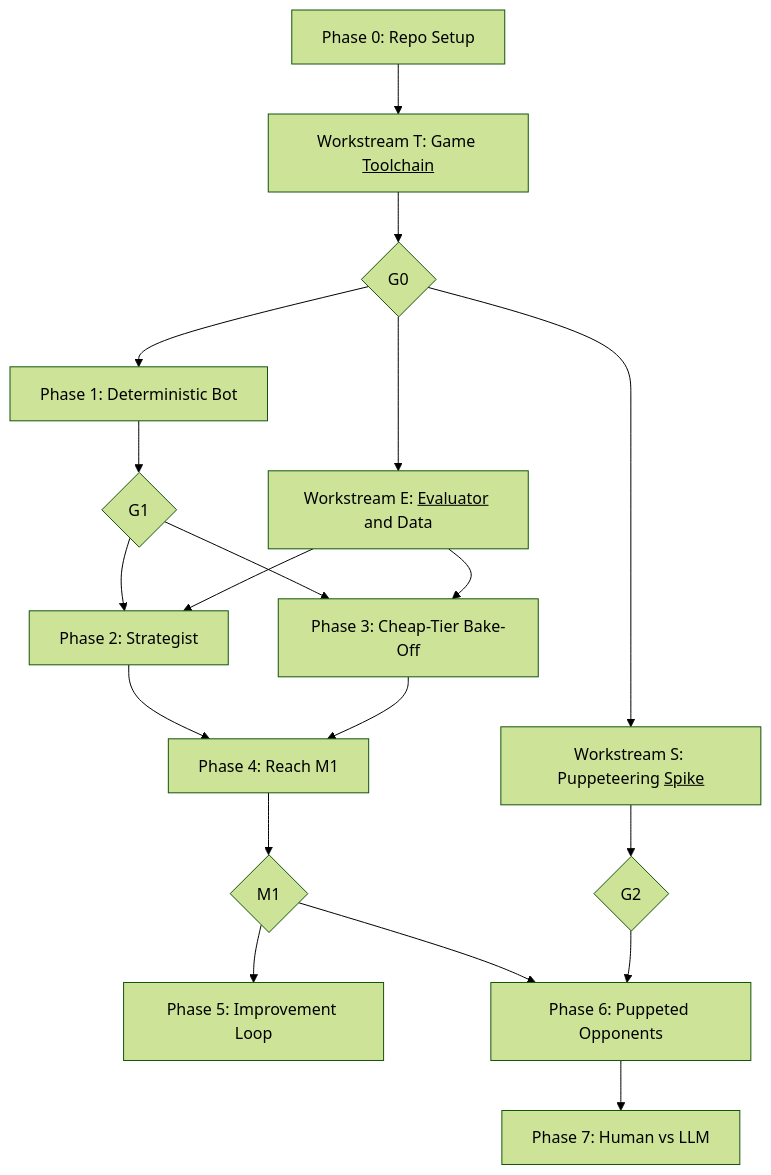
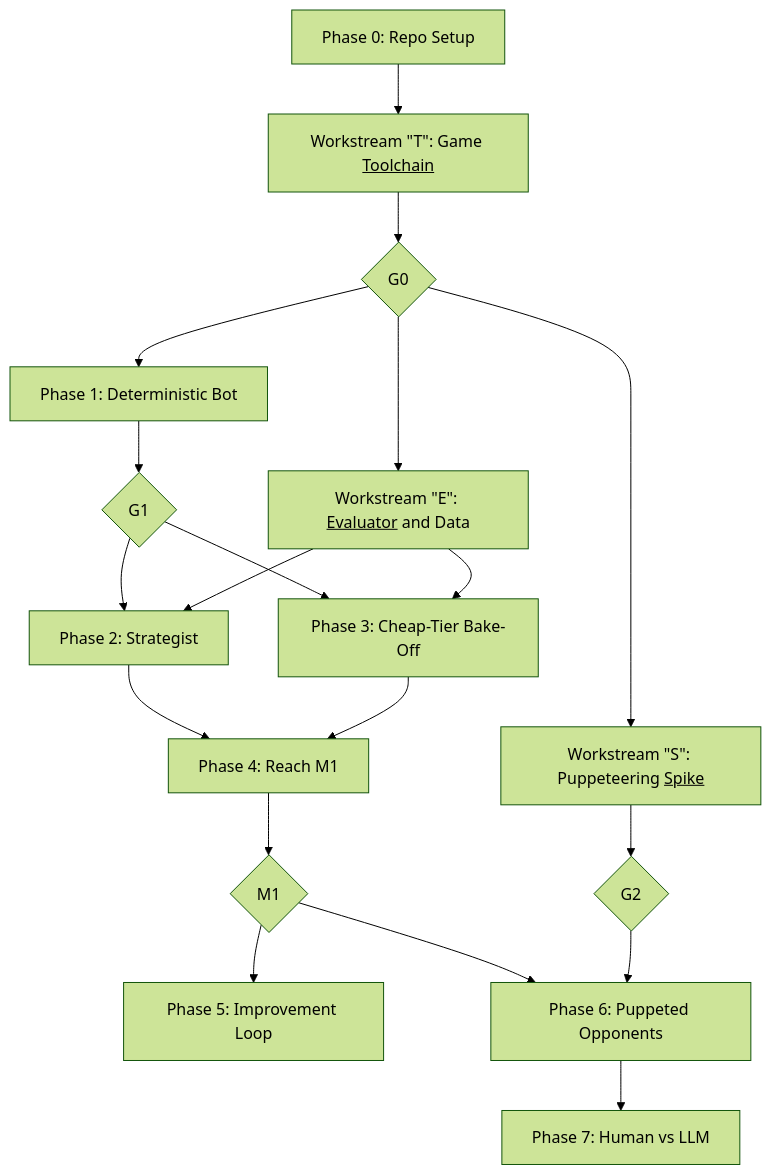
Before and after one commit to AlexNewell/civ_6_ai: the diagram in roadmap.md, drawn with Mermaid (forest theme). The commit also changed other lines of this file and 2 other files, not shown here.

Commit message:
Quote workstream letters, as in Workstream "S"

````diff
--- a/roadmap.md
+++ b/roadmap.md
@@ -22,18 +22,18 @@
 ```mermaid
 flowchart TD
-    P0["Phase 0: Repo Setup"] --> T["Workstream T: Game <u>Toolchain</u>"] --> G0{G0}
+    P0["Phase 0: Repo Setup"] --> T["Workstream #quot;T#quot;: Game <u>Toolchain</u>"] --> G0{G0}
     G0 --> P1["Phase 1: Deterministic Bot"] --> G1{G1}
-    G0 --> E["Workstream E: <u>Evaluator</u> and Data"]
-    G0 --> S["Workstream S: Puppeteering <u>Spike</u>"] --> G2{G2}
+    G0 --> E["Workstream #quot;E#quot;: <u>Evaluator</u> and Data"]
+    G0 --> S["Workstream #quot;S#quot;: Puppeteering <u>Spike</u>"] --> G2{G2}
     G1 --> P2["Phase 2: Strategist"]
     G1 --> P3["Phase 3: Cheap-Tier Bake-Off"]
     E --> P2
     E --> P3
     P2 --> P4["Phase 4: Reach M1"]
     P3 --> P4
     P4 --> M1{M1}
     M1 --> P5["Phase 5: Improvement Loop"]
     M1 --> P6["Phase 6: Puppeted Opponents"]
     G2 --> P6
     P6 --> P7["Phase 7: Human vs LLM"]
 ```
````
